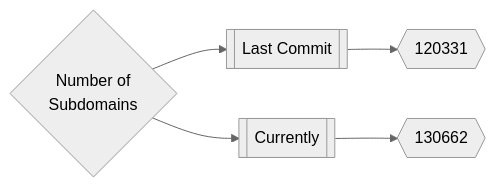
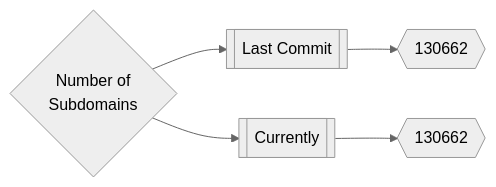
One commit to trickest/inventory changed the first of 3 diagrams in README.md. Above: the diagram before and after it, drawn with Mermaid (neutral theme).

Commit message:
Update Wed Mar  9 00:03:08 UTC 2022

````diff
--- a/README.md
+++ b/README.md
@@ -165,5 +165,5 @@
 ```mermaid
 graph LR
-title{Number of<br>Subdomains} --> subdomainsDate1[[Last Commit]] --> subdomainsNum1{{120331}}
+title{Number of<br>Subdomains} --> subdomainsDate1[[Last Commit]] --> subdomainsNum1{{130662}}
 title --> subdomainsDate2[[Currently]] --> subdomainsNum2{{130662}}
 ```
````
